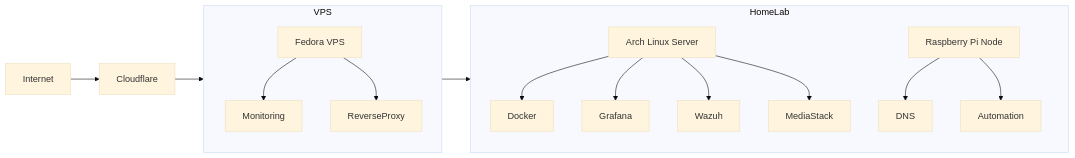
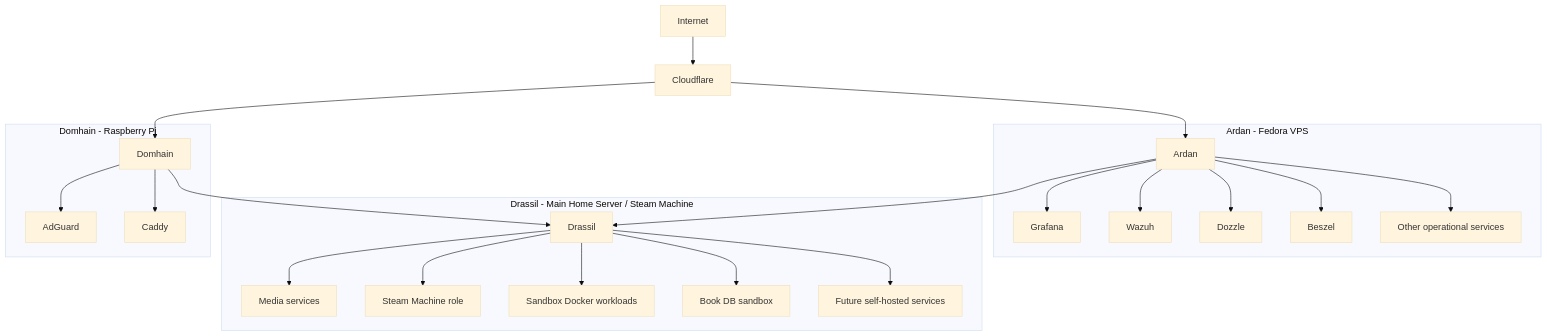
One commit to anubis619/anubis619 changed the diagram in README.md. Above: the diagram before and after it, drawn with Mermaid (base theme). The commit also changed other lines of this file, not shown here.

````diff
--- a/README.md
+++ b/README.md
@@ -92,27 +92,34 @@
 ```mermaid
-flowchart LR
+flowchart TD
 
 Internet --> Cloudflare
-Cloudflare --> VPS
+Cloudflare --> Ardan
+Cloudflare --> Domhain
 
-subgraph VPS
-Ardan[Fedora VPS]
-Ardan --> Monitoring
-Ardan --> ReverseProxy
+subgraph VPS["Ardan - Fedora VPS"]
+    Ardan[Ardan]
+    Ardan --> Grafana[Grafana]
+    Ardan --> Wazuh[Wazuh]
+    Ardan --> Dozzle[Dozzle]
+    Ardan --> Beszel[Beszel]
+    Ardan --> Ops[Other operational services]
 end
 
-subgraph HomeLab
-Drassil[Arch Linux Server]
-Domhain[Raspberry Pi Node]
-
-Drassil --> Docker
-Drassil --> Grafana
-Drassil --> Wazuh
-Drassil --> MediaStack
-
-Domhain --> DNS
-Domhain --> Automation
+subgraph Home["Drassil - Main Home Server / Steam Machine"]
+    Drassil[Drassil]
+    Drassil --> Media[Media services]
+    Drassil --> Steam[Steam Machine role]
+    Drassil --> Sandbox[Sandbox Docker workloads]
+    Drassil --> BookDB[Book DB sandbox]
+    Drassil --> Future[Future self-hosted services]
 end
 
-VPS --> HomeLab
+subgraph Edge["Domhain - Raspberry Pi"]
+    Domhain[Domhain]
+    Domhain --> AdGuard[AdGuard]
+    Domhain --> Caddy[Caddy]
+end
+
+Ardan --> Drassil
+Domhain --> Drassil
 ```
````
